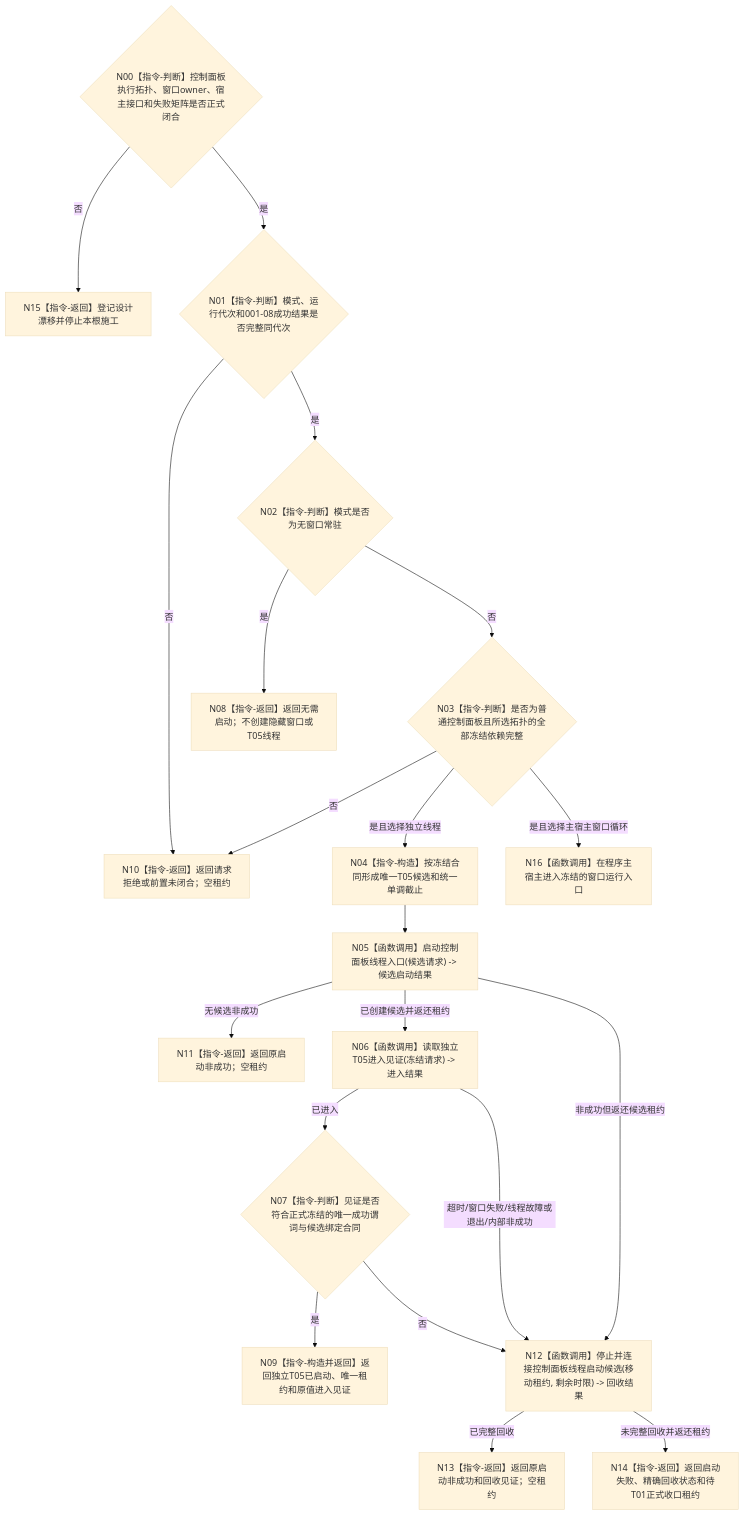
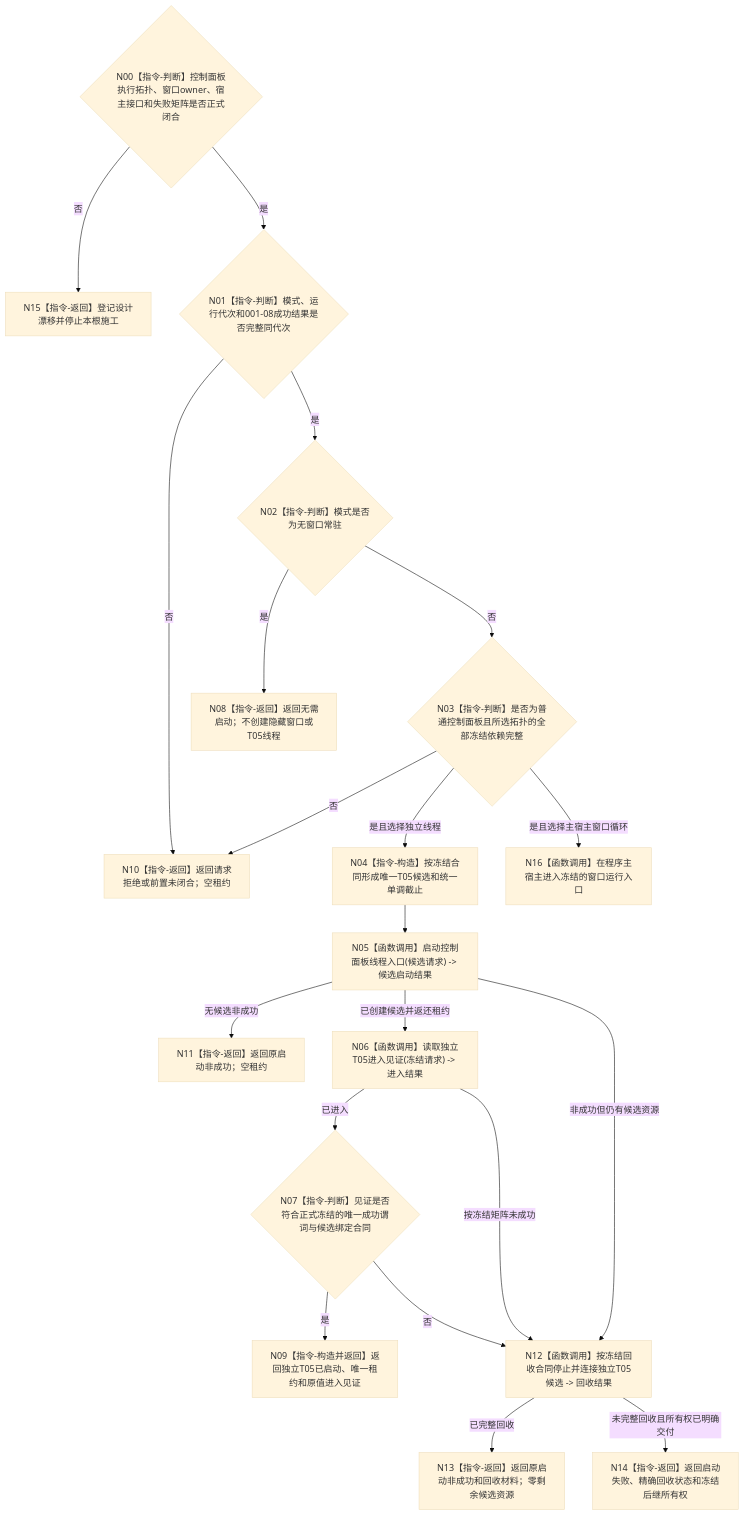
One commit to chunhaizh-cyber/HY-Ego changed the diagram in 流程图/目标业务流程图/L2/BIZ-L2-001-09_按模式启动控制面板线程_目标函数流程图_v0.1.md. Above: the diagram before and after it, drawn with Mermaid (base theme). The commit also changed other lines of this file and 8 other files, not shown here.

````diff
--- a/流程图/目标业务流程图/L2/BIZ-L2-001-09_按模式启动控制面板线程_目标函数流程图_v0.1.md
+++ b/流程图/目标业务流程图/L2/BIZ-L2-001-09_按模式启动控制面板线程_目标函数流程图_v0.1.md
@@ -29,22 +29,22 @@
 ```mermaid
 flowchart TD
     N00{"N00【指令-判断】控制面板执行拓扑、窗口owner、宿主接口和失败矩阵是否正式闭合"} -->|否| N15["N15【指令-返回】登记设计漂移并停止本根施工"]
     N00 -->|是| N01
     N01{"N01【指令-判断】模式、运行代次和001-08成功结果是否完整同代次"} -->|否| N10["N10【指令-返回】返回请求拒绝或前置未闭合；空租约"]
     N01 -->|是| N02{"N02【指令-判断】模式是否为无窗口常驻"}
     N02 -->|是| N08["N08【指令-返回】返回无需启动；不创建隐藏窗口或T05线程"]
     N02 -->|否| N03{"N03【指令-判断】是否为普通控制面板且所选拓扑的全部冻结依赖完整"}
     N03 -->|否| N10
     N03 -->|是且选择独立线程| N04["N04【指令-构造】按冻结合同形成唯一T05候选和统一单调截止"]
     N03 -->|是且选择主宿主窗口循环| N16["N16【函数调用】在程序主宿主进入冻结的窗口运行入口"]
     N04 --> N05["N05【函数调用】启动控制面板线程入口(候选请求) -> 候选启动结果"]
     N05 -->|无候选非成功| N11["N11【指令-返回】返回原启动非成功；空租约"]
     N05 -->|已创建候选并返还租约| N06["N06【函数调用】读取独立T05进入见证(冻结请求) -> 进入结果"]
-    N05 -->|非成功但返还候选租约| N12["N12【函数调用】停止并连接控制面板线程启动候选(移动租约, 剩余时限) -> 回收结果"]
+    N05 -->|非成功但仍有候选资源| N12["N12【函数调用】按冻结回收合同停止并连接独立T05候选 -> 回收结果"]
     N06 -->|已进入| N07{"N07【指令-判断】见证是否符合正式冻结的唯一成功谓词与候选绑定合同"}
     N07 -->|是| N09["N09【指令-构造并返回】返回独立T05已启动、唯一租约和原值进入见证"]
     N07 -->|否| N12
-    N06 -->|超时/窗口失败/线程故障或退出/内部非成功| N12
-    N12 -->|已完整回收| N13["N13【指令-返回】返回原启动非成功和回收见证；空租约"]
-    N12 -->|未完整回收并返还租约| N14["N14【指令-返回】返回启动失败、精确回收状态和待T01正式收口租约"]
+    N06 -->|按冻结矩阵未成功| N12
+    N12 -->|已完整回收| N13["N13【指令-返回】返回原启动非成功和回收材料；零剩余候选资源"]
+    N12 -->|未完整回收且所有权已明确交付| N14["N14【指令-返回】返回启动失败、精确回收状态和冻结后继所有权"]
 ```
````
